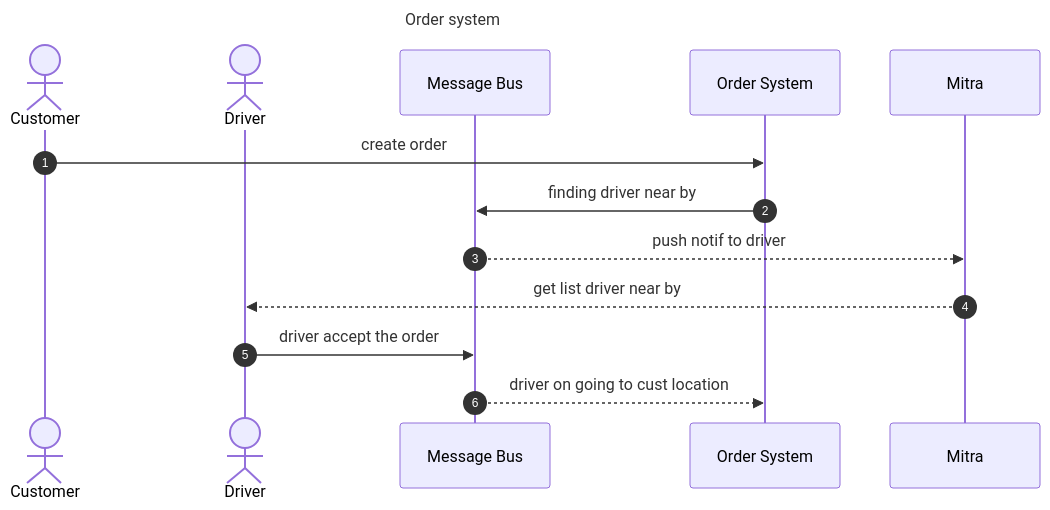
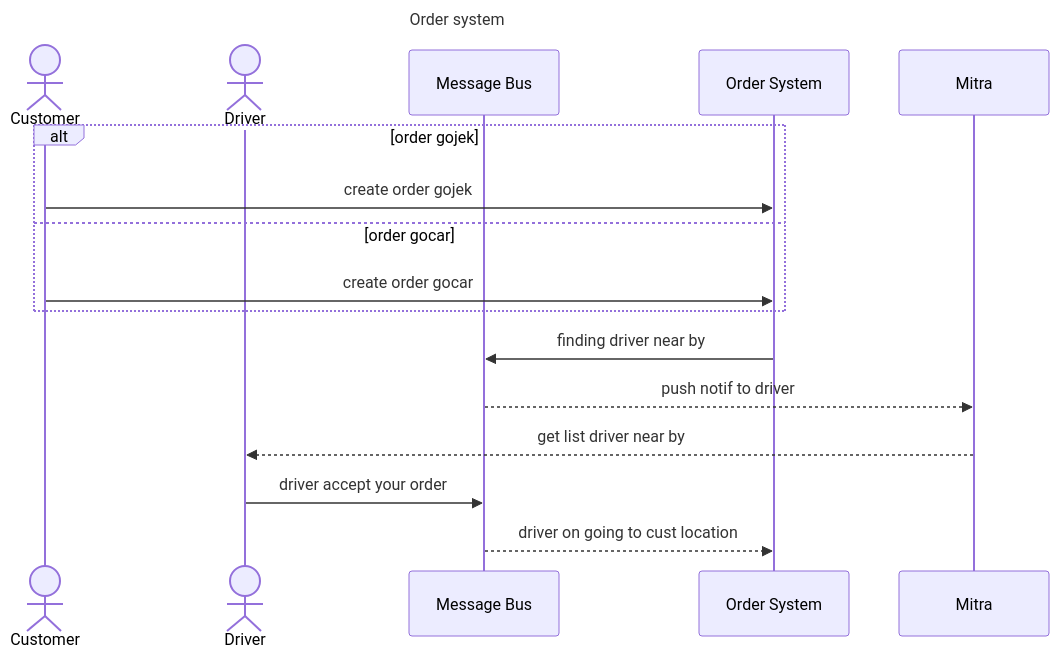
Before and after one commit to dimMaryanto93/springboot3-eventsourcing-axon: the diagram in docs/gojek-order.mermaid, drawn with Mermaid.

Commit message:
update script

```diff
--- a/docs/gojek-order.mermaid
+++ b/docs/gojek-order.mermaid
@@ -1,16 +1,21 @@
 sequenceDiagram
     title Order system;
     actor c as Customer;
     actor d as Driver;
-    autonumber
+%%    autonumber
     participant msg as Message Bus;
+    participant ord as Order System;
 
-    participant ord as Order System;
-    c ->> ord: create order
+    alt order gojek
+        c ->> ord: create order gojek
+    else order gocar
+        c ->> ord: create order gocar
+    end
+
     ord ->> msg: finding driver near by
 
     participant m as Mitra;
     msg -->> m: push notif to driver
     m -->> d: get list driver near by
-    d ->> msg: driver accept the order
+    d ->> msg: driver accept your order
     msg -->> ord: driver on going to cust location
```
